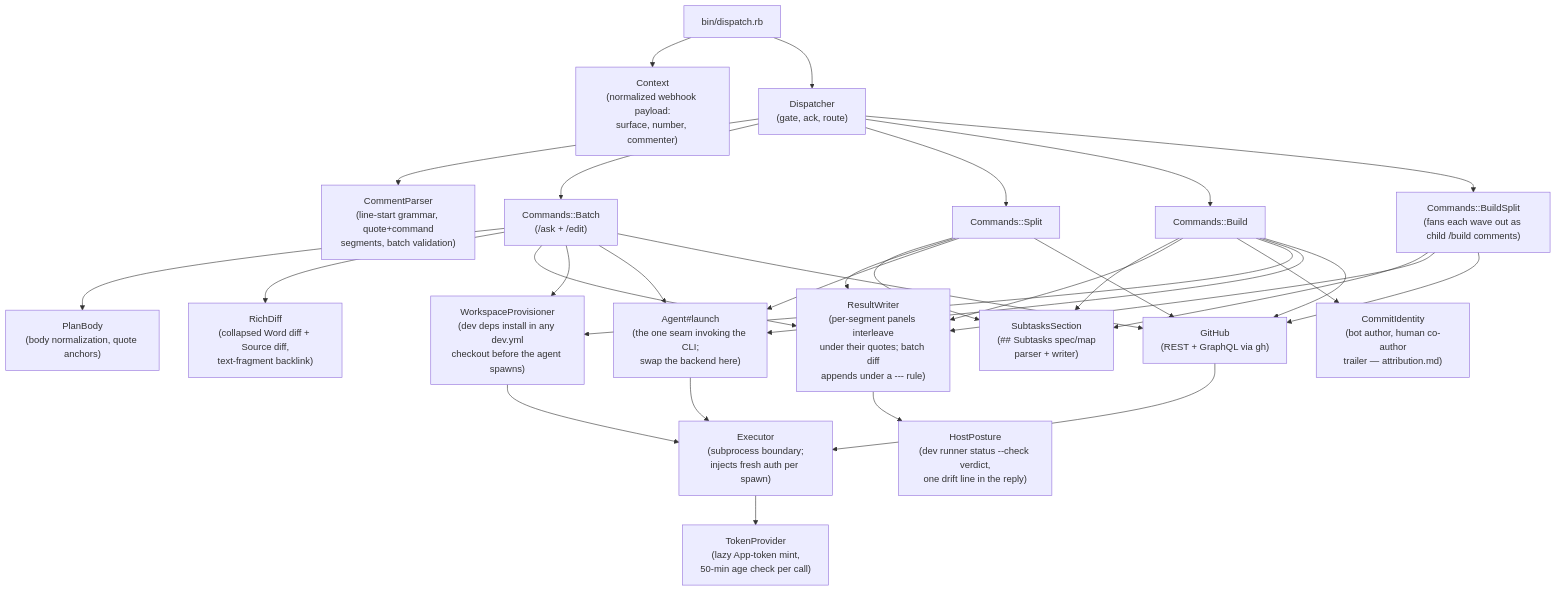
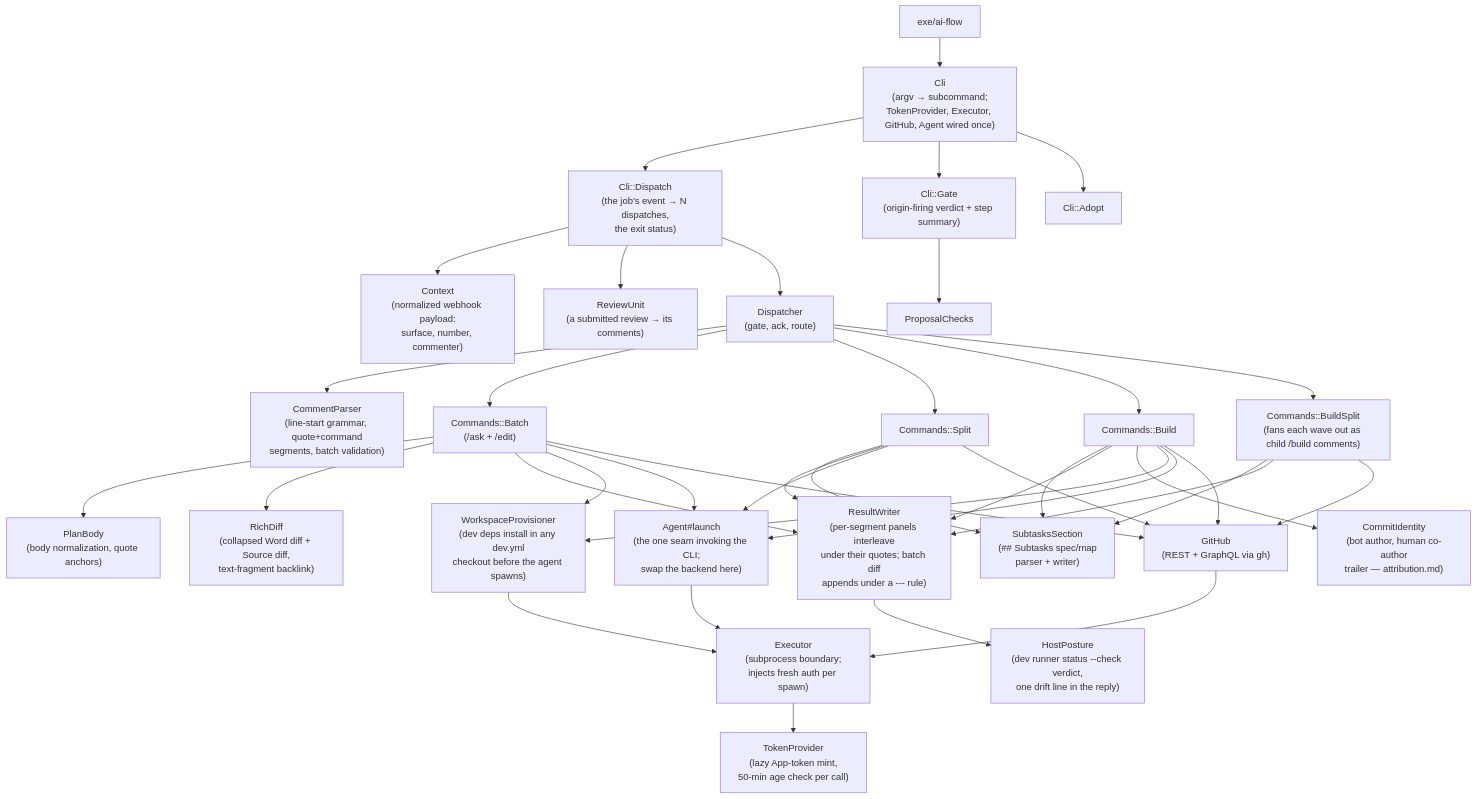
The third of 7 diagrams in docs/architecture.md (d3mlabs/ai-flow), drawn with Mermaid before and after one commit. The commit also changed other lines of this file and 21 other files, not shown here.

Commit message:
ai-flow /build: ai-flow: releasable and self-describing — VERSION 1.0.0, exe/ai-flow (dispatch, gate), dev.yml with target, release:, deploy: gh and the declared agent and orchestrator roles; cursor-cli in dependencies.rb

````diff
--- a/docs/architecture.md
+++ b/docs/architecture.md
@@ -168,36 +168,42 @@
 ```mermaid
 flowchart TD
-    entry["bin/dispatch.rb"] --> ctx["Context<br/>(normalized webhook payload:<br/>surface, number, commenter)"]
+    exe["exe/ai-flow"] --> cli["Cli<br/>(argv → subcommand;<br/>TokenProvider, Executor, GitHub, Agent wired once)"]
+    cli --> entry["Cli::Dispatch<br/>(the job's event → N dispatches,<br/>the exit status)"]
+    cli --> gate["Cli::Gate<br/>(origin-firing verdict + step summary)"]
+    cli --> adopt["Cli::Adopt"]
+    gate --> checks["ProposalChecks"]
+    entry --> ctx["Context<br/>(normalized webhook payload:<br/>surface, number, commenter)"]
+    entry --> reviewUnit["ReviewUnit<br/>(a submitted review → its comments)"]
     entry --> disp["Dispatcher<br/>(gate, ack, route)"]
     disp --> parser["CommentParser<br/>(line-start grammar, quote+command<br/>segments, batch validation)"]
     disp --> batchCmd["Commands::Batch<br/>(/ask + /edit)"]
     disp --> splitCmd["Commands::Split"]
     disp --> buildCmd["Commands::Build"]
     disp --> buildSplitCmd["Commands::BuildSplit<br/>(fans each wave out as child /build comments)"]
 
     splitCmd --> subtasksSection["SubtasksSection<br/>(## Subtasks spec/map<br/>parser + writer)"]
     buildCmd --> subtasksSection
     buildSplitCmd --> subtasksSection
     batchCmd --> planBody["PlanBody<br/>(body normalization, quote anchors)"]
     batchCmd --> richDiff["RichDiff<br/>(collapsed Word diff + Source diff,<br/>text-fragment backlink)"]
     batchCmd --> resultWriter["ResultWriter<br/>(per-segment panels interleave<br/>under their quotes; batch diff<br/>appends under a --- rule)"]
     splitCmd --> resultWriter
     buildCmd --> resultWriter
     buildSplitCmd --> resultWriter
     buildCmd --> commitIdentity["CommitIdentity<br/>(bot author, human co-author<br/>trailer — attribution.md)"]
     batchCmd --> provisioner["WorkspaceProvisioner<br/>(dev deps install in any dev.yml<br/>checkout before the agent spawns)"]
     buildCmd --> provisioner
     resultWriter --> hostPosture["HostPosture<br/>(dev runner status --check verdict,<br/>one drift line in the reply)"]
 
     batchCmd --> agent["Agent#launch<br/>(the one seam invoking the CLI;<br/>swap the backend here)"]
     splitCmd --> agent
     buildCmd --> agent
     batchCmd --> gh["GitHub<br/>(REST + GraphQL via gh)"]
     splitCmd --> gh
     buildCmd --> gh
     buildSplitCmd --> gh
     agent --> exec["Executor<br/>(subprocess boundary;<br/>injects fresh auth per spawn)"]
     gh --> exec
     provisioner --> exec
     exec --> tokenProvider["TokenProvider<br/>(lazy App-token mint,<br/>50-min age check per call)"]
 ```
````
